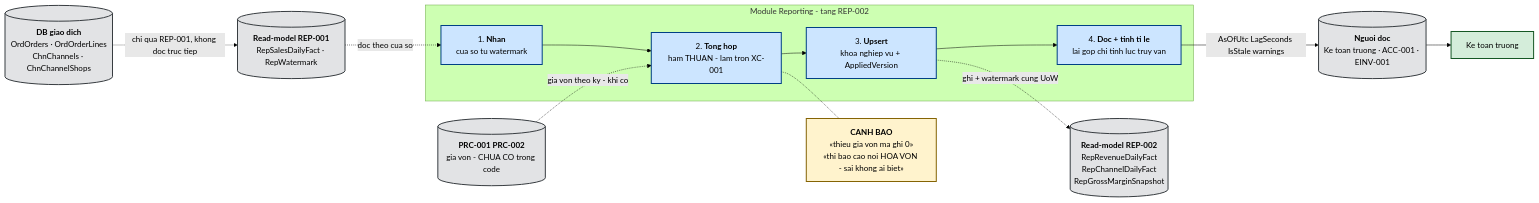
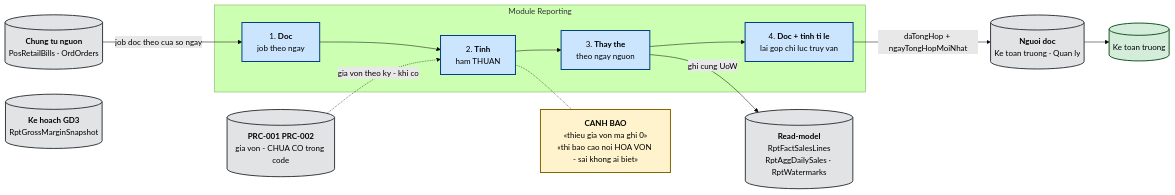
Before and after one commit to hungnt9801/eCommerce: the sixth of 7 diagrams in docs/features/reporting/rep-002-bao-cao-doanh-thu-lai-gop.md, drawn with Mermaid (forest theme). The commit also changed other lines of this file and 5 other files, not shown here.

````diff
--- a/docs/features/reporting/rep-002-bao-cao-doanh-thu-lai-gop.md
+++ b/docs/features/reporting/rep-002-bao-cao-doanh-thu-lai-gop.md
@@ -280,37 +291,36 @@
 ```mermaid
 graph LR
     classDef actor fill:#d4edda,stroke:#155724,stroke-width:2px;
     classDef process fill:#cce5ff,stroke:#004085,stroke-width:2px;
     classDef datastore fill:#e2e3e5,stroke:#383d41,stroke-width:2px;
     classDef warn fill:#fff3cd,stroke:#856404,stroke-width:2px;
 
-    SRC[("<b>DB giao dich</b><br/>OrdOrders · OrdOrderLines<br/>ChnChannels · ChnChannelShops")]
-    RM[("<b>Read-model REP-001</b><br/>RepSalesDailyFact · RepWatermark")]
-    R2[("<b>Read-model REP-002</b><br/>RepRevenueDailyFact<br/>RepChannelDailyFact<br/>RepGrossMarginSnapshot")]
-    OUT[("<b>Nguoi doc</b><br/>Ke toan truong · ACC-001 · EINV-001")]
-    KTT["Ke toan truong"]
+    SRC[("<b>Chung tu nguon</b><br/>PosRetailBills · OrdOrders")]
+    RM[("<b>Read-model</b><br/>RptFactSalesLines<br/>RptAggDailySales · RptWatermarks")]
+    R2[("<b>Ke hoach GD3</b><br/>RptGrossMarginSnapshot")]
+    OUT[("<b>Nguoi doc</b><br/>Ke toan truong · Quan ly")]
+    KTT[("Ke toan truong")]
     EXT[("<b>PRC-001 PRC-002</b><br/>gia von - CHUA CO trong code")]
 
     class KTT actor;
     class SRC,RM,R2,OUT,EXT datastore;
 
-    subgraph R2G["Module Reporting - tang REP-002"]
-        P1["1. <b>Nhan</b><br/>cua so tu watermark"]
-        P2["2. <b>Tong hop</b><br/>ham THUAN - lam tron XC-001"]
-        P3["3. <b>Upsert</b><br/>khoa nghiep vu + AppliedVersion"]
-        P4["4. <b>Doc + tinh ti le</b><br/>lai gop chi tinh luc truy van"]
+    subgraph R2G["Module Reporting"]
+        P1["1. <b>Doc</b><br/>job theo ngay"]
+        P2["2. <b>Tinh</b><br/>ham THUAN"]
+        P3["3. <b>Thay the</b><br/>theo ngay nguon"]
+        P4["4. <b>Doc + tinh ti le</b><br/>lai gop chi luc truy van"]
         class P1,P2,P3,P4 process;
         P1 --> P2 --> P3 --> P4
     end
 
-    SRC -. "chi qua REP-001, khong doc truc tiep" .-> RM
-    RM -. "doc theo cua so" .-> P1
-    P3 -. "ghi + watermark cung UoW" .-> R2
+    SRC -- "job doc theo cua so ngay" --> P1
+    P3 -- "ghi cung UoW" --> RM
     EXT -. "gia von theo ky - khi co" .-> P2
-    P4 -- "AsOfUtc LagSeconds IsStale warnings" --> OUT
+    P4 -- "daTongHop + ngayTongHopMoiNhat" --> OUT
     OUT --> KTT
 
     W["<b>CANH BAO</b><br/>«thieu gia von ma ghi 0»<br/>«thi bao cao noi HOA VON - sai khong ai biet»"]
     class W warn;
     P2 -.- W
 ```
````
